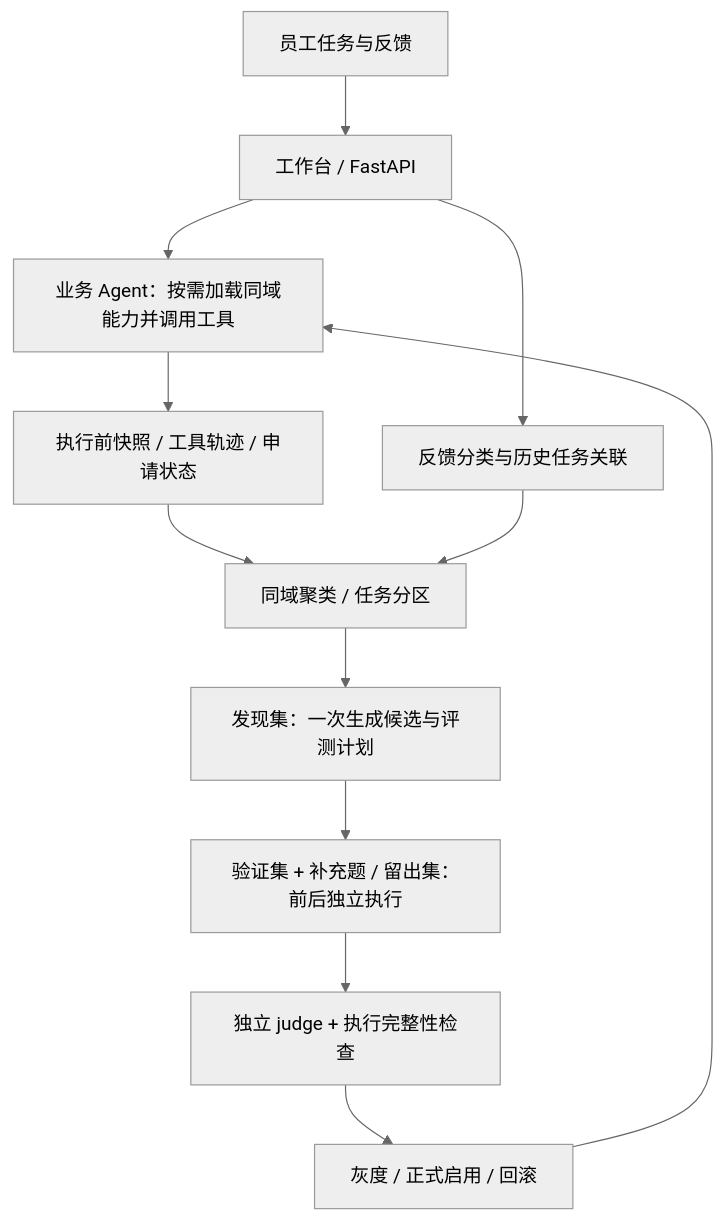
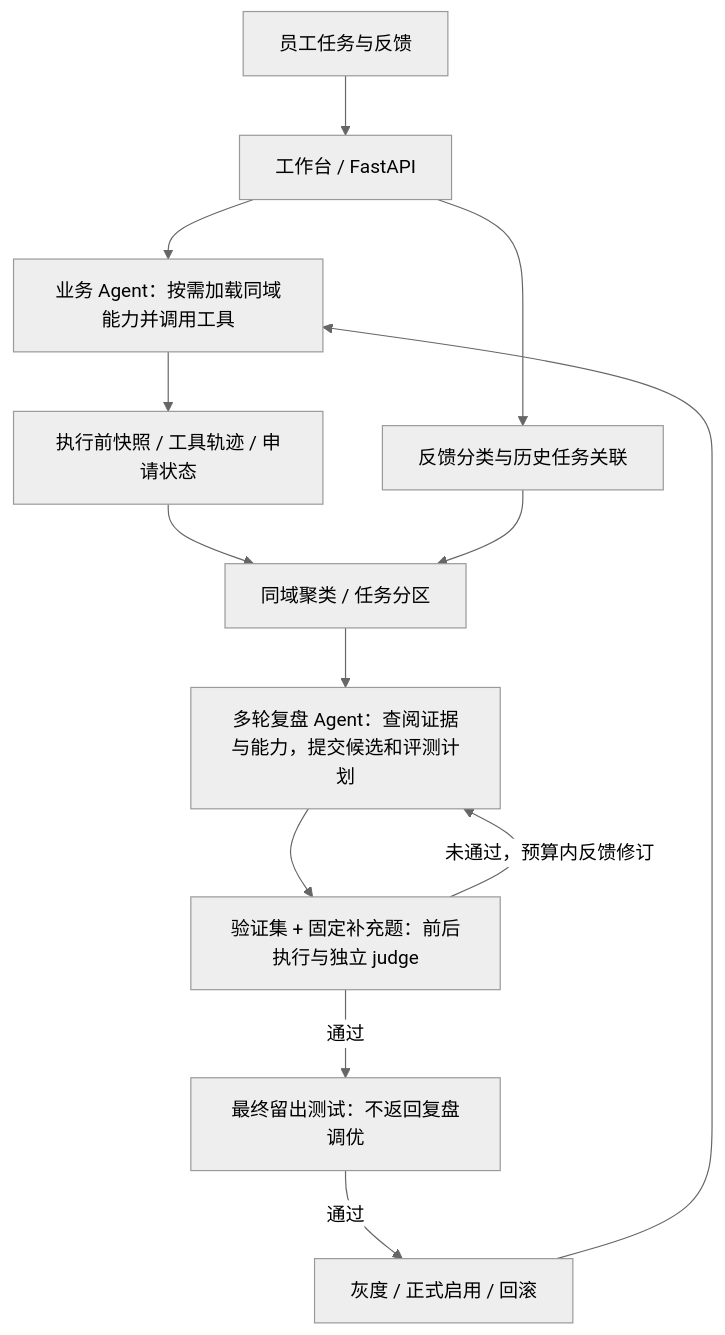
The diagram in README.md (qhzeng-gittec/administrative-agent), drawn with Mermaid (neutral theme) before and after one commit. The commit also changed other lines of this file and 5 other files, not shown here.

````diff
--- a/README.md
+++ b/README.md
@@ -22,14 +22,15 @@
 ```mermaid
 flowchart TD
     U[员工任务与反馈] --> W[工作台 / FastAPI]
     W --> A[业务 Agent：按需加载同域能力并调用工具]
     A --> T[执行前快照 / 工具轨迹 / 申请状态]
     W --> F[反馈分类与历史任务关联]
     T --> G[同域聚类 / 任务分区]
     F --> G
-    G --> P[发现集：一次生成候选与评测计划]
-    P --> E[验证集 + 补充题 / 留出集：前后独立执行]
-    E --> J[独立 judge + 执行完整性检查]
-    J --> C[灰度 / 正式启用 / 回滚]
+    G --> P[多轮复盘 Agent：查阅证据与能力，提交候选和评测计划]
+    P --> E[验证集 + 固定补充题：前后执行与独立 judge]
+    E -->|未通过，预算内反馈修订| P
+    E -->|通过| J[最终留出测试：不返回复盘调优]
+    J -->|通过| C[灰度 / 正式启用 / 回滚]
     C --> A
 ```
````
